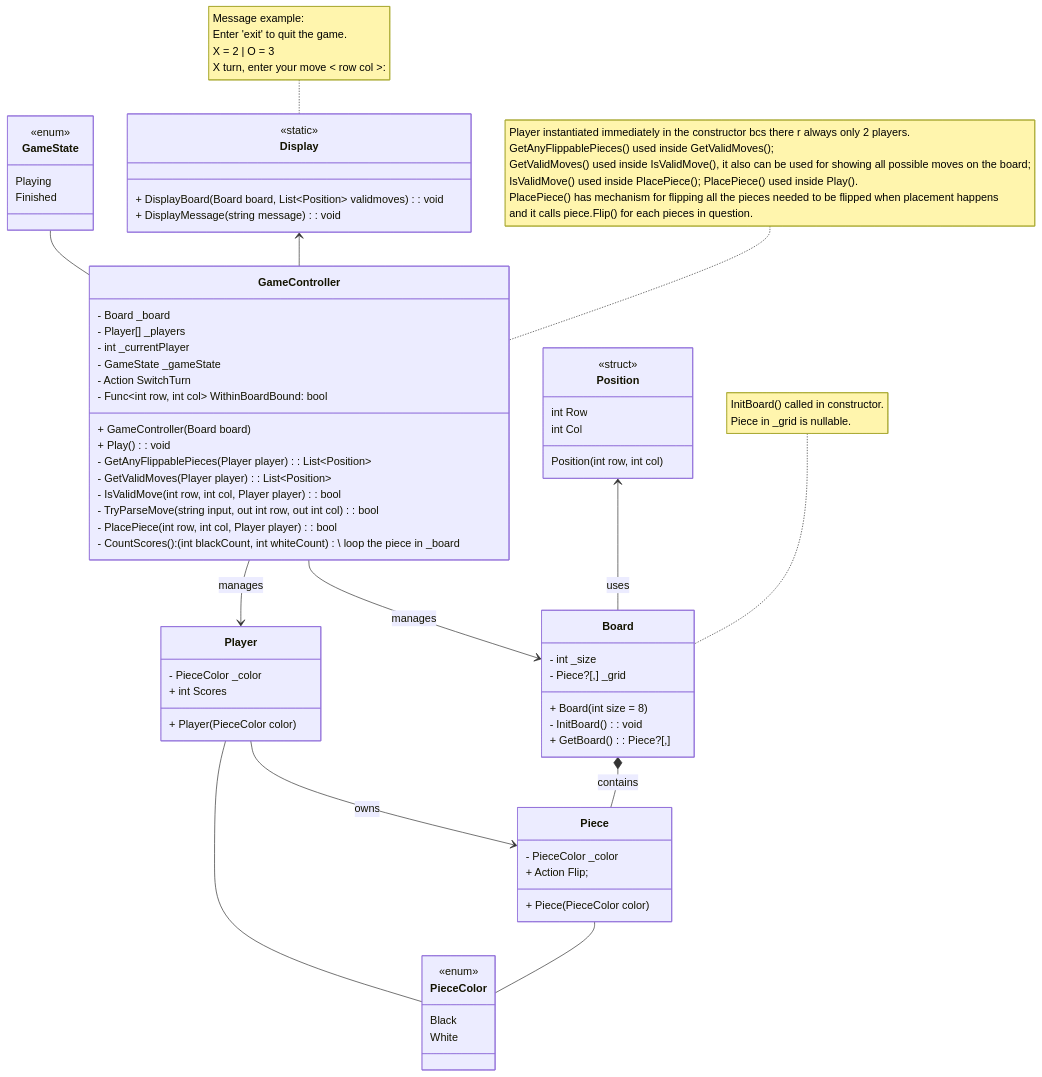
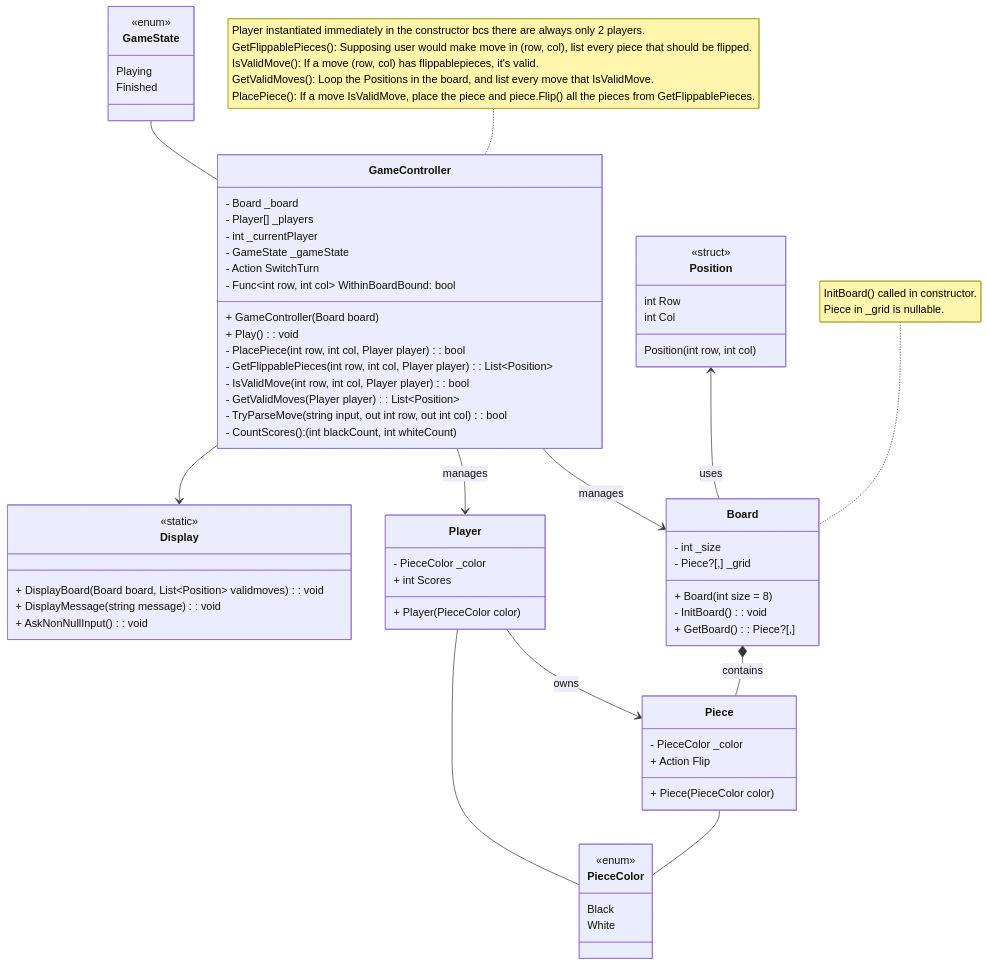
Before and after one commit to soniaagst/project-sonia: the diagram in BoardGame/othelloworld.mmd, drawn with Mermaid.

Commit message:
updated class diagram

```diff
--- a/BoardGame/othelloworld.mmd
+++ b/BoardGame/othelloworld.mmd
@@ -1,123 +1,118 @@
 classDiagram
     GameController --> Board : manages
     GameController --> Player : manages
     GameState -- GameController
-    Display <-- GameController
+    GameController --> Display
     Board *-- Piece : contains
     Position <-- Board : uses
     Player --> Piece : owns
     Player -- PieceColor
     Piece -- PieceColor
 
     class Display {
         <<static>>
         + DisplayBoard(Board board, List~Position~ validmoves): void
         + DisplayMessage(string message): void
+        + AskNonNullInput( ): void
     }
-    note for Display "Message example:
-    Enter 'exit' to quit the game.
-    X = 2 | O = 3
-    X turn, enter your move < row col >: 
-    "
 
     class GameController {
         - Board _board
         - Player[] _players
         - int _currentPlayer
         - GameState _gameState
         - Action SwitchTurn
         - Func~int row, int col~ WithinBoardBound: bool
         + GameController(Board board)
         + Play(): void
-        - GetAnyFlippablePieces(Player player): List~Position~
+        - PlacePiece(int row, int col, Player player): bool
+        - GetFlippablePieces(int row, int col, Player player): List~Position~
+        - IsValidMove(int row, int col, Player player): bool
         - GetValidMoves(Player player): List~Position~
-        - IsValidMove(int row, int col, Player player): bool
         - TryParseMove(string input, out int row, out int col): bool
-        - PlacePiece(int row, int col, Player player): bool
-        - CountScores(): (int blackCount, int whiteCount) \\ loop the piece in _board
+        - CountScores(): (int blackCount, int whiteCount)
     }
-    note for GameController "Player instantiated immediately in the constructor bcs there r always only 2 players.
-    GetAnyFlippablePieces() used inside GetValidMoves();
-    GetValidMoves() used inside IsValidMove(), it also can be used for showing all possible moves on the board;
-    IsValidMove() used inside PlacePiece(); PlacePiece() used inside Play().
-    PlacePiece() has mechanism for flipping all the pieces needed to be flipped when placement happens
-    and it calls piece.Flip() for each pieces in question.
+    note for GameController "Player instantiated immediately in the constructor bcs there are always only 2 players.
+    GetFlippablePieces(): Supposing user would make move in (row, col), list every piece that should be flipped.
+    IsValidMove(): If a move (row, col) has flippablepieces, it's valid.
+    GetValidMoves(): Loop the Positions in the board, and list every move that IsValidMove.
+    PlacePiece(): If a move IsValidMove, place the piece and piece.Flip() all the pieces from GetFlippablePieces.
     "
 
     class Board {
         - int _size
         - Piece?[,] _grid
         + Board(int size = 8)
         - InitBoard(): void
         + GetBoard(): Piece?[,]
     }
     note for Board "InitBoard() called in constructor.
     Piece in _grid is nullable."
 
     class Piece {
         - PieceColor _color
-        + Action Flip;
+        + Action Flip
         + Piece(PieceColor color)
     }
 
     class Player {
         - PieceColor _color
         + int Scores
         + Player(PieceColor color)
     }
 
     class Position {
         <<struct>>
         int Row
         int Col
         Position(int row, int col)
     }
 
     class PieceColor {
         <<enum>>
         Black
         White
     }
     %% Black marked with X, White marked with O
 
     class GameState {
         <<enum>>
         Playing
         Finished
     }
 
 
 %% Rules:
 
 %% 2 players (Black & White), on 8x8 board.
 
 %% Initial board: 4 pieces at the center with this configuration:
 %% W B
 %% B W
 
 %% Black moves first.
 
 %% Black (White) place a black (white) piece on the board, 
 %% in such a way that there is at least one straight 
 %% (horizontal, vertical, or diagonal) occupied line 
 %% between the new piece and another black (white) piece, 
 %% with one or more contiguous white (black) pieces between them.
 
 %% After placing the piece, 
 %% Black (White) flips all white pieces lying on a straight line
 %% between the new piece and any existing black (white) pieces.
 
 %% All flipped pieces are now black (white).
 
 %% Players alternate taking turns.
 
 %% If a player does not have any valid moves,
 %% play passes back to the other player.
 
 %% When neither player can move, the game ends.
 
 %% A game of Othello may end before the board is completely filled.
 
 %% The player with the most pieces on the board at the end of the game wins.
 
 %% If both players have the same number of pieces, then the game is a draw.
```
